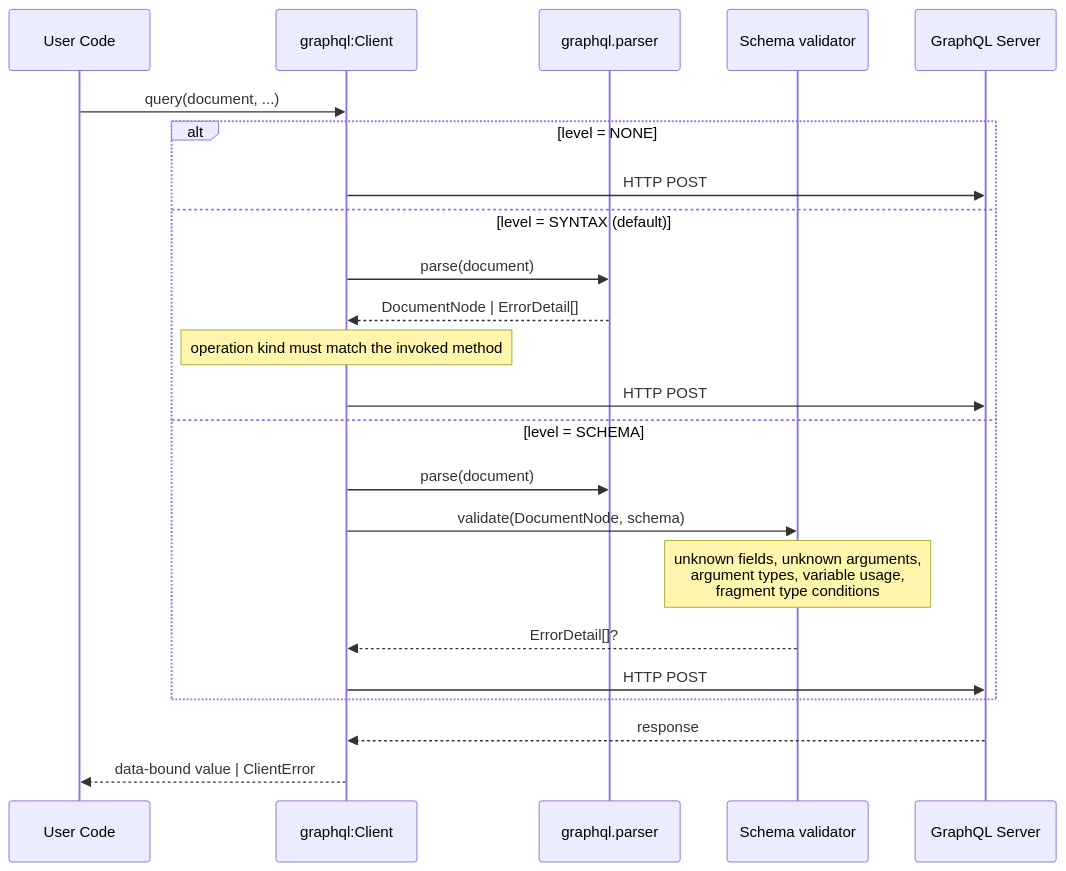
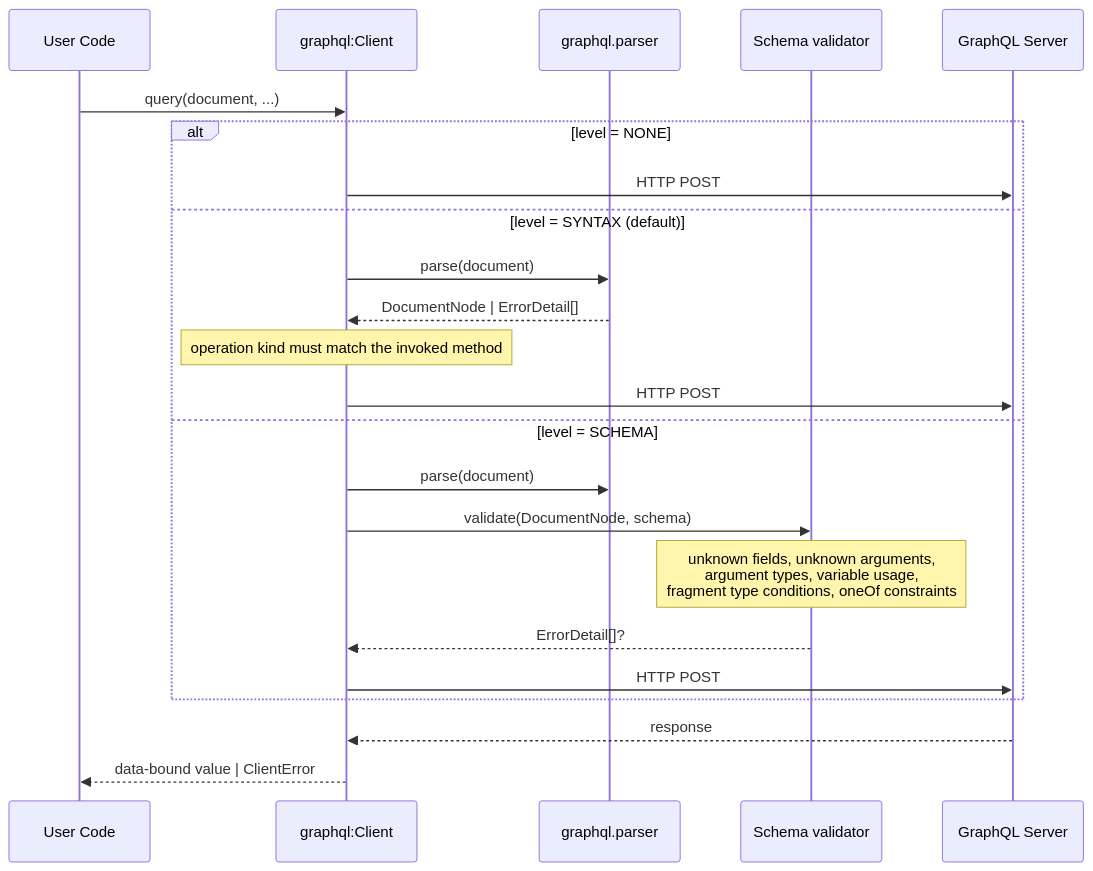
One commit to ThisaruGuruge/ballerina-spec changed the third of 3 diagrams in beps/lib-graphql/NNNN_graphql_package_revamp.md. Above: the diagram before and after it, drawn with Mermaid. The commit also changed other lines of this file, not shown here.

````diff
--- a/beps/lib-graphql/NNNN_graphql_package_revamp.md
+++ b/beps/lib-graphql/NNNN_graphql_package_revamp.md
@@ -779,26 +824,26 @@
 ```mermaid
 sequenceDiagram
     participant U as User Code
     participant C as graphql:Client
     participant P as graphql.parser
     participant V as Schema validator
     participant S as GraphQL Server
 
     U->>C: query(document, ...)
     alt level = NONE
         C->>S: HTTP POST
     else level = SYNTAX (default)
         C->>P: parse(document)
         P-->>C: DocumentNode | ErrorDetail[]
         Note over C: operation kind must match the invoked method
         C->>S: HTTP POST
     else level = SCHEMA
         C->>P: parse(document)
         C->>V: validate(DocumentNode, schema)
-        Note over V: unknown fields, unknown arguments,<br/>argument types, variable usage,<br/>fragment type conditions
+        Note over V: unknown fields, unknown arguments,<br/>argument types, variable usage,<br/>fragment type conditions, oneOf constraints
         V-->>C: ErrorDetail[]?
         C->>S: HTTP POST
     end
     S-->>C: response
     C-->>U: data-bound value | ClientError
 ```
````
